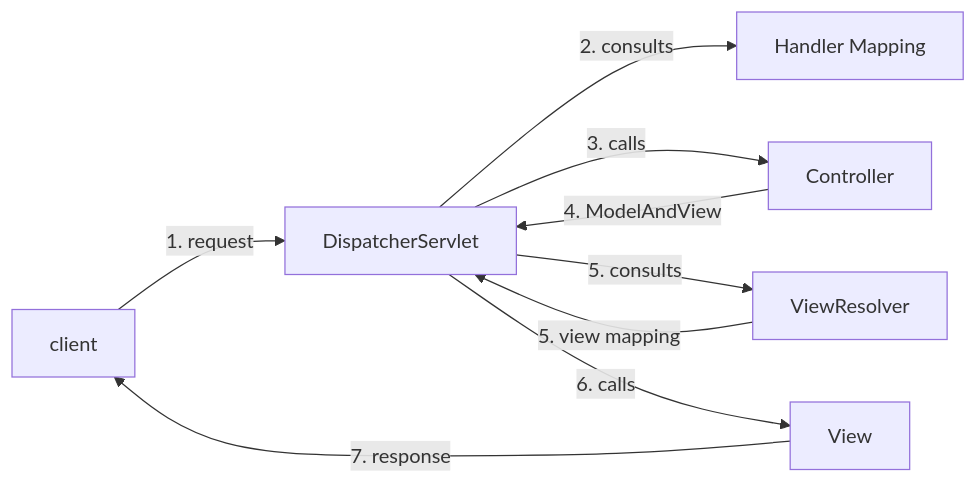
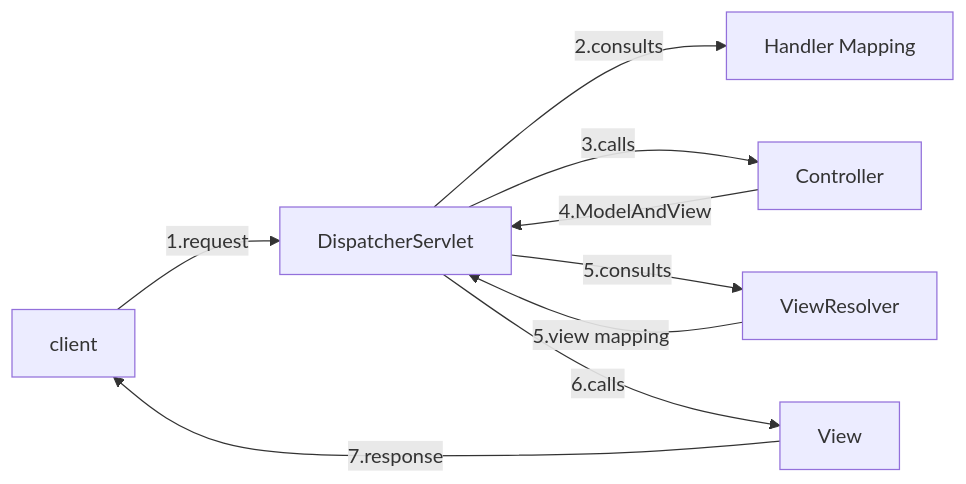
The diagram in Short Questions/HW10.md (EricYoung37/Java-Backend-Course), drawn with Mermaid before and after one commit.

Commit message:
fix mermaid unsupported markdown list on GitHub

````diff
--- a/Short Questions/HW10.md
+++ b/Short Questions/HW10.md
@@ -47,11 +47,11 @@
 ```mermaid
 flowchart LR
-A[client] -->|1. request| B[DispatcherServlet]
-B -->|2. consults| C[Handler Mapping]
-B -->|3. calls| D[Controller]
-D -->|4. ModelAndView| B
-B -->|5. consults| E[ViewResolver]
-E -->|5. view mapping| B
-B -->|6. calls| F[View]
-F -->|7. response| A
+A[client] -->|1.request| B[DispatcherServlet]
+B -->|2.consults| C[Handler Mapping]
+B -->|3.calls| D[Controller]
+D -->|4.ModelAndView| B
+B -->|5.consults| E[ViewResolver]
+E -->|5.view mapping| B
+B -->|6.calls| F[View]
+F -->|7.response| A
 ```
````
